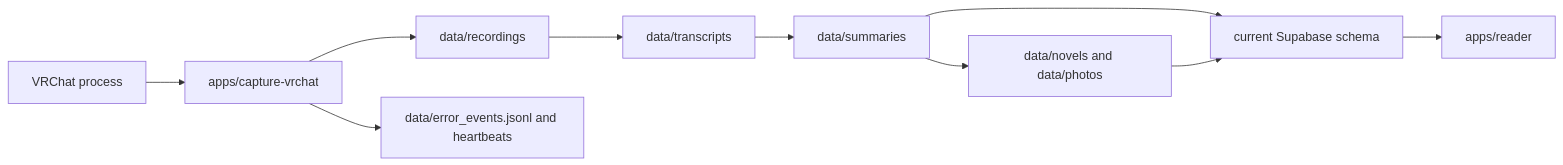
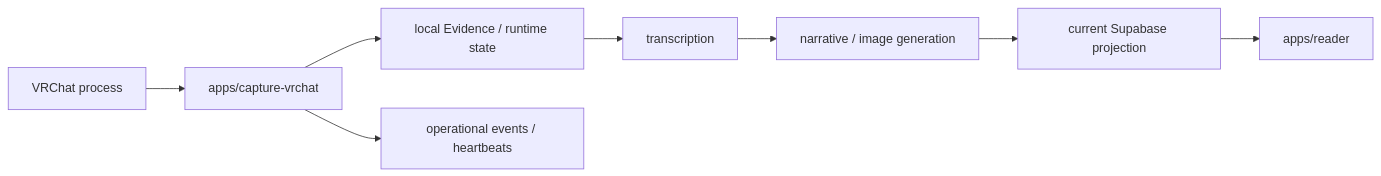
Before and after one commit to KAFKA2306/vlog: the diagram in docs/architecture.md, drawn with Mermaid. The commit also changed other lines of this file and 11 other files, not shown here.

````diff
--- a/docs/architecture.md
+++ b/docs/architecture.md
@@ -19,12 +19,10 @@
 ```mermaid
 flowchart LR
     V[VRChat process] --> C[apps/capture-vrchat]
-    C --> R[data/recordings]
-    R --> T[data/transcripts]
-    T --> S[data/summaries]
-    S --> N[data/novels and data/photos]
-    S --> DB[current Supabase schema]
-    N --> DB
+    C --> E[local Evidence / runtime state]
+    E --> T[transcription]
+    T --> G[narrative / image generation]
+    G --> DB[current Supabase projection]
     DB --> W[apps/reader]
-    C --> O[data/error_events.jsonl and heartbeats]
+    C --> O[operational events / heartbeats]
 ```
````
